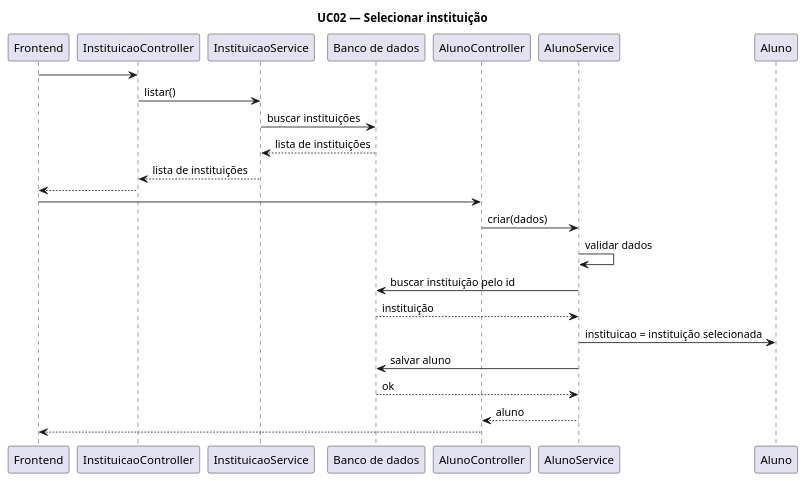
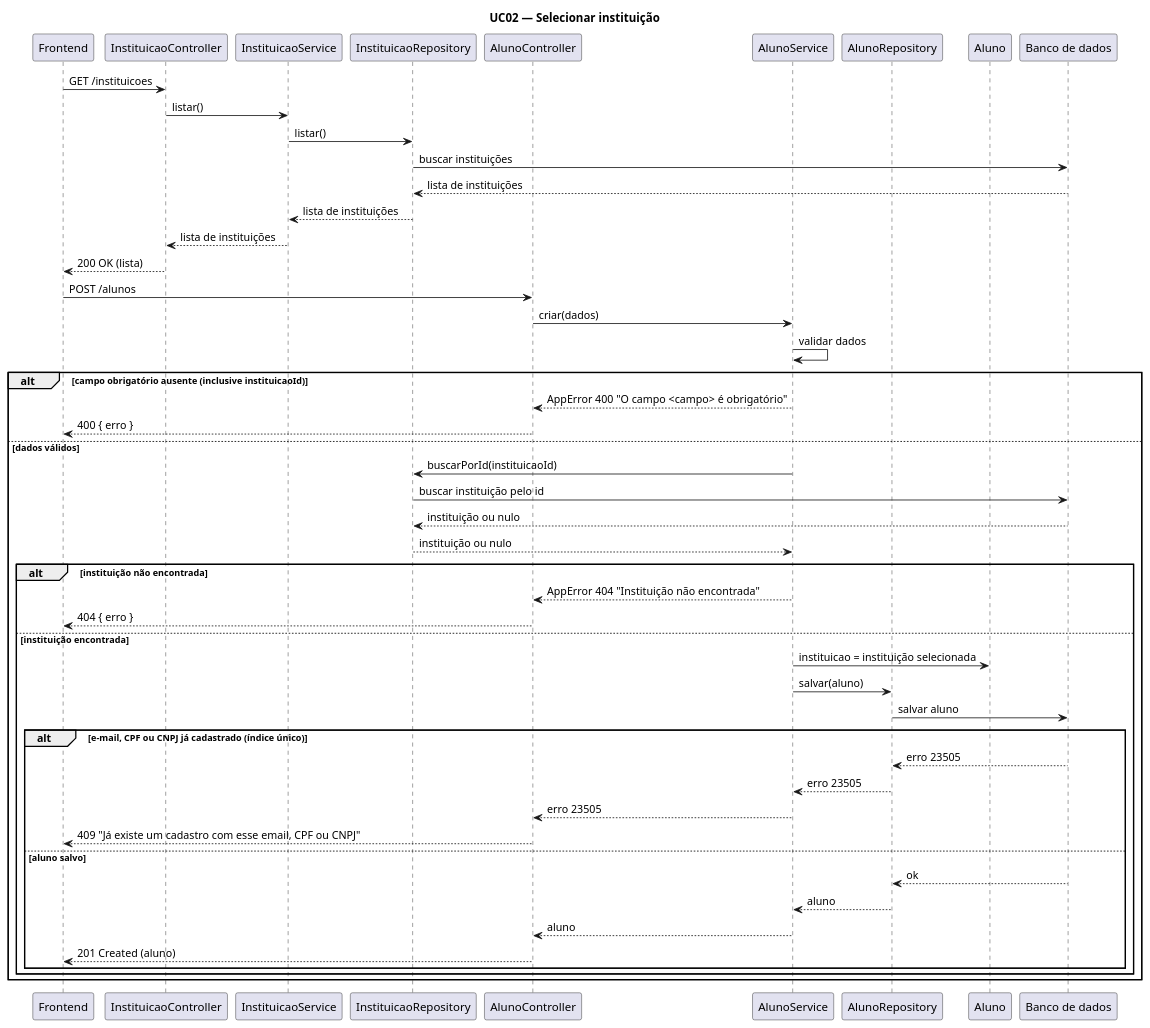
Before and after one commit to brunokilo/lab03-projetoSoftware: the diagram in docs/diagramas/sequencia/uc02-selecionar-instituicao.puml, drawn with PlantUML. The commit also changed 3 other files, not shown here.

Commit message:
docs: correcao diagramas 02 e 03

```diff
--- a/docs/diagramas/sequencia/uc02-selecionar-instituicao.puml
+++ b/docs/diagramas/sequencia/uc02-selecionar-instituicao.puml
@@ -1,29 +1,54 @@
 @startuml sequencia_selecionar_instituicao
 title UC02 — Selecionar instituição
 
 participant Frontend
 participant InstituicaoController
 participant InstituicaoService
-participant "Banco de dados" as BD
+participant InstituicaoRepository
 participant AlunoController
 participant AlunoService
+participant AlunoRepository
 participant "Aluno" as AlunoClasse
+participant "Banco de dados" as BD
 
-Frontend -> InstituicaoController : 
+Frontend -> InstituicaoController : GET /instituicoes
 InstituicaoController -> InstituicaoService : listar()
-InstituicaoService -> BD : buscar instituições
-BD --> InstituicaoService : lista de instituições
+InstituicaoService -> InstituicaoRepository : listar()
+InstituicaoRepository -> BD : buscar instituições
+BD --> InstituicaoRepository : lista de instituições
+InstituicaoRepository --> InstituicaoService : lista de instituições
 InstituicaoService --> InstituicaoController : lista de instituições
-InstituicaoController --> Frontend : 
+InstituicaoController --> Frontend : 200 OK (lista)
 
-Frontend -> AlunoController : 
+Frontend -> AlunoController : POST /alunos
 AlunoController -> AlunoService : criar(dados)
 AlunoService -> AlunoService : validar dados
-AlunoService -> BD : buscar instituição pelo id
-BD --> AlunoService : instituição
-AlunoService -> AlunoClasse : instituicao = instituição selecionada
-AlunoService -> BD : salvar aluno
-BD --> AlunoService : ok
-AlunoService --> AlunoController : aluno
-AlunoController --> Frontend : 
+alt campo obrigatório ausente (inclusive instituicaoId)
+  AlunoService --> AlunoController : AppError 400 "O campo <campo> é obrigatório"
+  AlunoController --> Frontend : 400 { erro }
+else dados válidos
+  AlunoService -> InstituicaoRepository : buscarPorId(instituicaoId)
+  InstituicaoRepository -> BD : buscar instituição pelo id
+  BD --> InstituicaoRepository : instituição ou nulo
+  InstituicaoRepository --> AlunoService : instituição ou nulo
+  alt instituição não encontrada
+    AlunoService --> AlunoController : AppError 404 "Instituição não encontrada"
+    AlunoController --> Frontend : 404 { erro }
+  else instituição encontrada
+    AlunoService -> AlunoClasse : instituicao = instituição selecionada
+    AlunoService -> AlunoRepository : salvar(aluno)
+    AlunoRepository -> BD : salvar aluno
+    alt e-mail, CPF ou CNPJ já cadastrado (índice único)
+      BD --> AlunoRepository : erro 23505
+      AlunoRepository --> AlunoService : erro 23505
+      AlunoService --> AlunoController : erro 23505
+      AlunoController --> Frontend : 409 "Já existe um cadastro com esse email, CPF ou CNPJ"
+    else aluno salvo
+      BD --> AlunoRepository : ok
+      AlunoRepository --> AlunoService : aluno
+      AlunoService --> AlunoController : aluno
+      AlunoController --> Frontend : 201 Created (aluno)
+    end
+  end
+end
 @enduml
```
